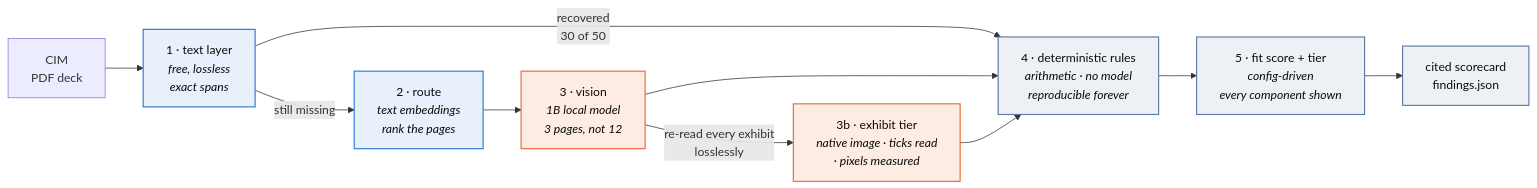
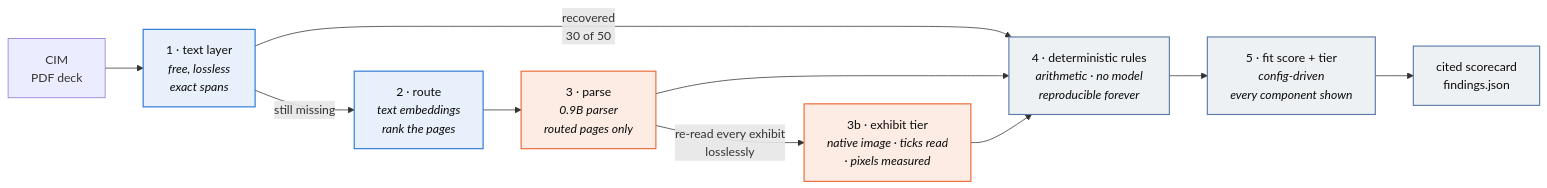
Before and after one commit to situhacks/deal-ready: the first of 2 diagrams in README.md, drawn with Mermaid. The commit also changed other lines of this file and 58 other files, not shown here.

````diff
--- a/README.md
+++ b/README.md
@@ -89,19 +159,19 @@
 ```mermaid
 flowchart LR
     PDF["CIM<br/>PDF deck"] --> TL["1 · text layer<br/><i>free, lossless<br/>exact spans</i>"]
     TL -->|"recovered<br/>30 of 50"| RULES
     TL -->|"still missing"| RT["2 · route<br/><i>text embeddings<br/>rank the pages</i>"]
-    RT --> V["3 · vision<br/><i>1B local model<br/>3 pages, not 12</i>"]
+    RT --> V["3 · parse<br/><i>0.9B parser<br/>routed pages only</i>"]
     V -->|"re-read every exhibit<br/>losslessly"| V2["3b · exhibit tier<br/><i>native image · ticks read<br/>· pixels measured</i>"]
     V --> RULES
     V2 --> RULES
     RULES["4 · deterministic rules<br/><i>arithmetic · no model<br/>reproducible forever</i>"] --> FIT["5 · fit score + tier<br/><i>config-driven<br/>every component shown</i>"]
     FIT --> OUT["cited scorecard<br/>findings.json"]
 
     classDef free fill:#e8f0fb,stroke:#2a78d6,stroke-width:1.5px,color:#0b0b0b
     classDef paid fill:#fdece4,stroke:#eb6834,stroke-width:1.5px,color:#0b0b0b
     classDef det  fill:#eef1f4,stroke:#5b7ba6,stroke-width:1.5px,color:#0b0b0b
     class TL,RT free
     class V,V2 paid
     class RULES,FIT,OUT det
 ```
````
